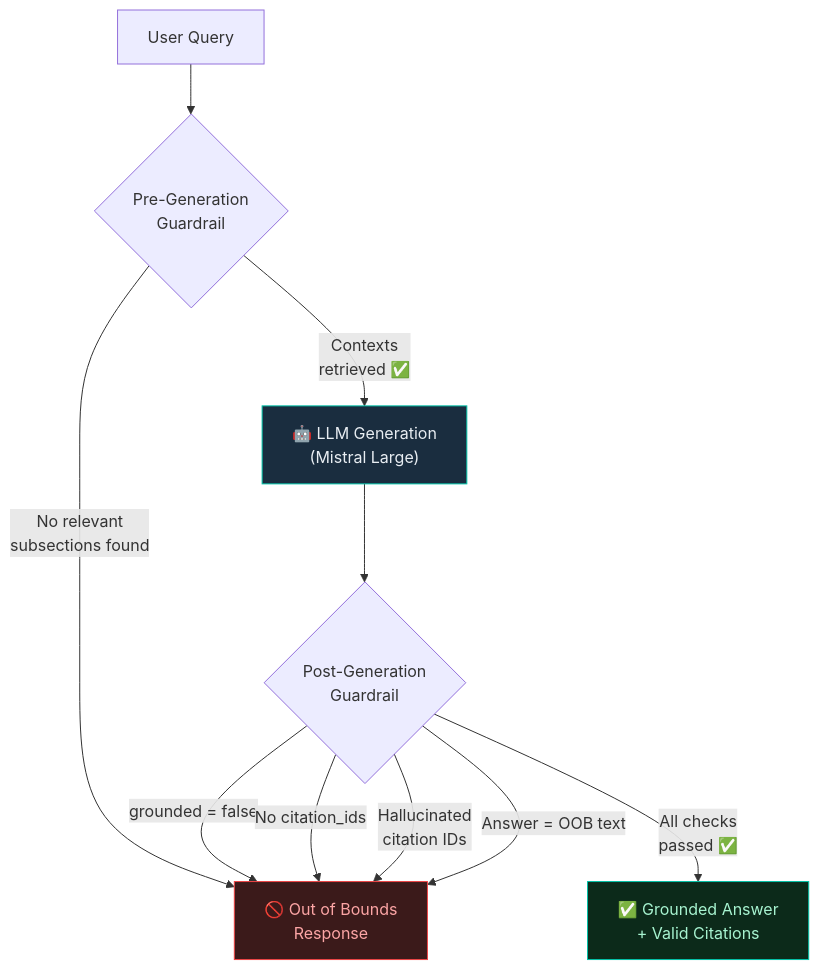
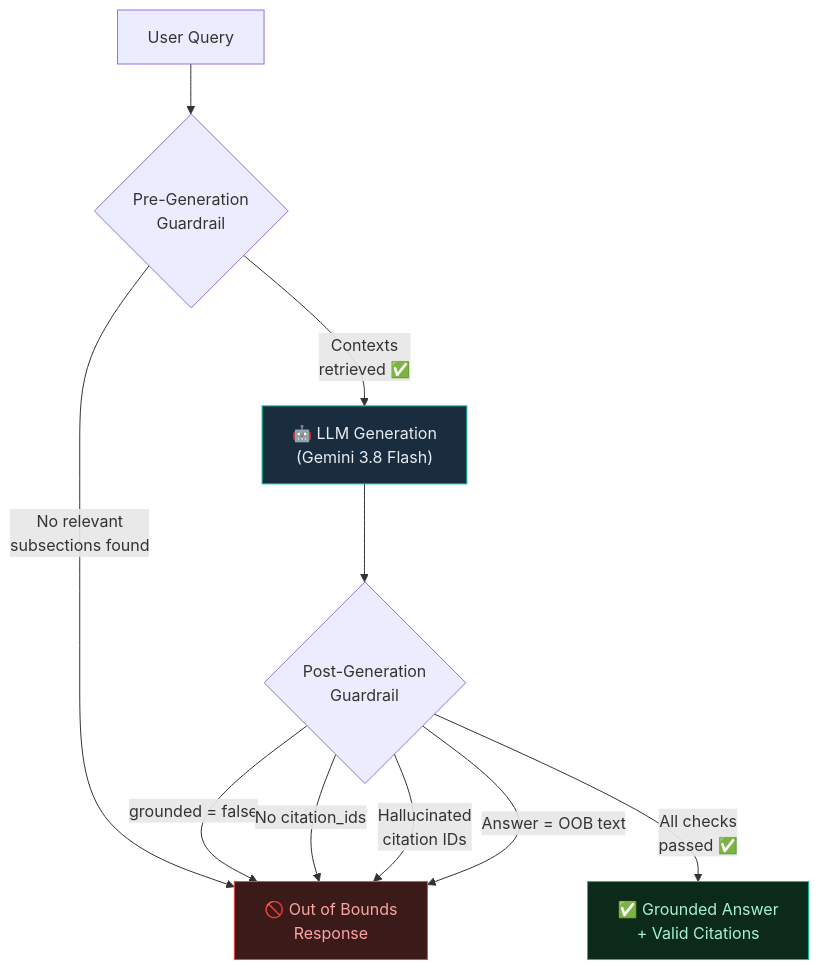
The fourth of 5 diagrams in README.md (WaqarMoid/vectorless-rag-bot_subsection_wise), drawn with Mermaid before and after one commit. The commit also changed other lines of this file and 13 other files, not shown here.

Commit message:
feat: migrate LLM backend from Mistral to Google Gemini (gemini-3.8-flash), surface API errors cleanly, update docs and architecture docx

````diff
--- a/README.md
+++ b/README.md
@@ -171,19 +171,19 @@
 ```mermaid
 flowchart TB
     Q["User Query"] --> PRE{"Pre-Generation<br/>Guardrail"}
 
     PRE -->|"No relevant<br/>subsections found"| REFUSE["🚫 Out of Bounds<br/>Response"]
-    PRE -->|"Contexts<br/>retrieved ✅"| GEN["🤖 LLM Generation<br/>(Mistral Large)"]
+    PRE -->|"Contexts<br/>retrieved ✅"| GEN["🤖 LLM Generation<br/>(Gemini 3.8 Flash)"]
 
     GEN --> POST{"Post-Generation<br/>Guardrail"}
 
     POST -->|"grounded = false"| REFUSE
     POST -->|"No citation_ids"| REFUSE
     POST -->|"Hallucinated<br/>citation IDs"| REFUSE
     POST -->|"Answer = OOB text"| REFUSE
     POST -->|"All checks<br/>passed ✅"| ANSWER["✅ Grounded Answer<br/>+ Valid Citations"]
 
     style REFUSE fill:#3b1a1a,stroke:#ef4444,color:#fca5a5
     style ANSWER fill:#0c2a1a,stroke:#00c2a8,color:#a7f3d0
     style GEN fill:#1a2d3f,stroke:#00c2a8,color:#e8edf2
 ```
````
